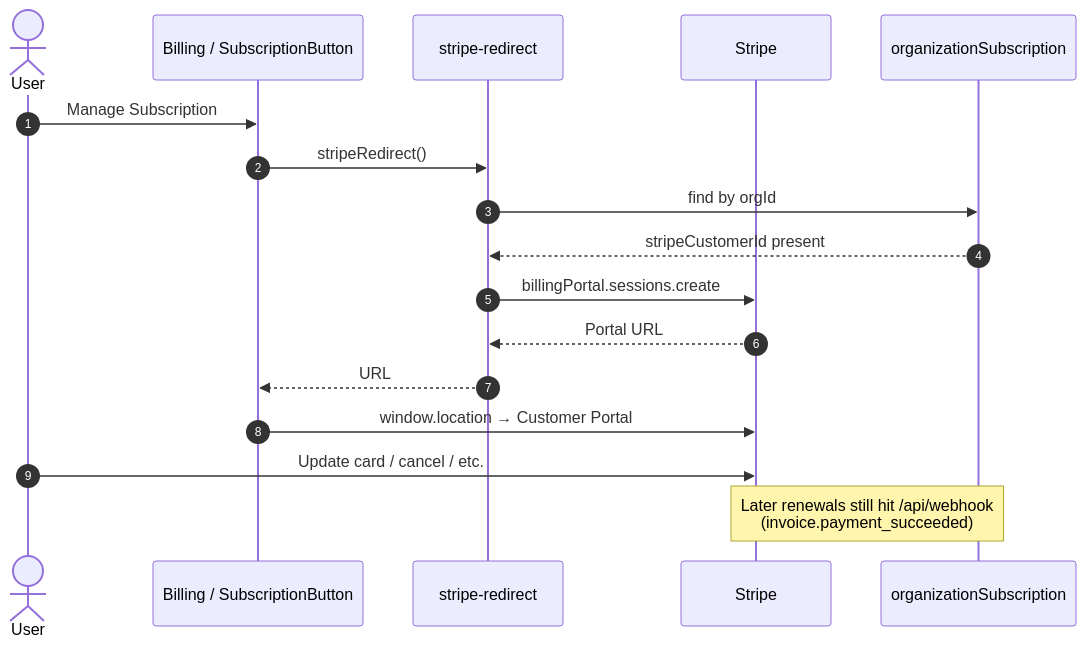
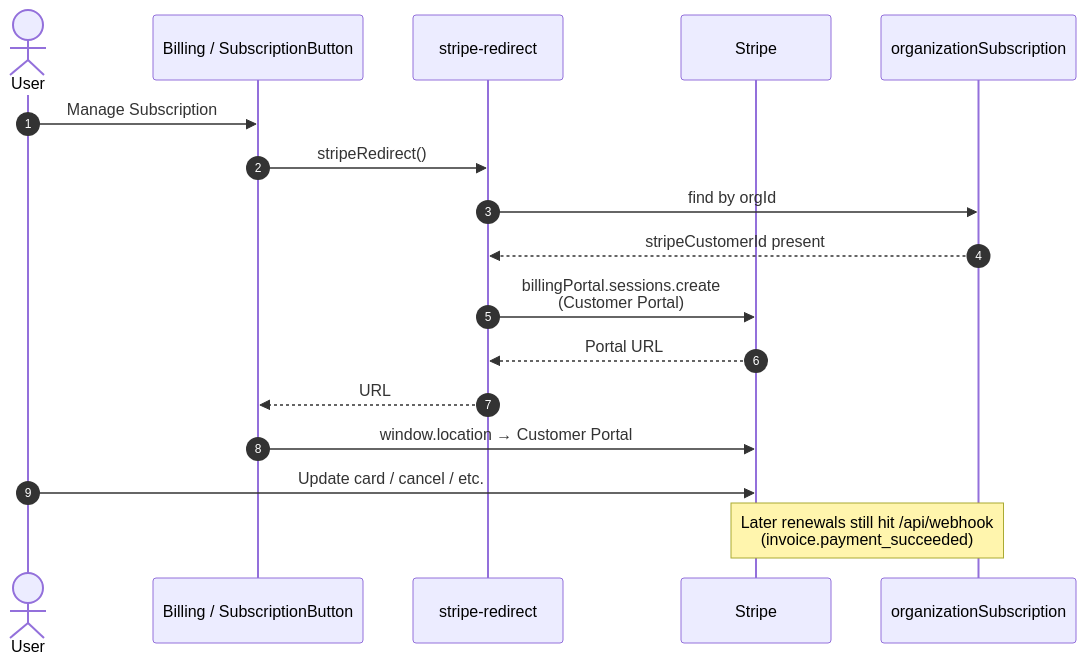
The sixth of 7 diagrams in docs/stripe.md (manhcuongdtbk/taskify), drawn with Mermaid before and after one commit. The commit also changed other lines of this file and 6 other files, not shown here.

````diff
--- a/docs/stripe.md
+++ b/docs/stripe.md
@@ -47,20 +259,20 @@
 ```mermaid
 sequenceDiagram
   autonumber
   actor User
   participant Billing as Billing / SubscriptionButton
   participant Action as stripe-redirect
   participant Stripe as Stripe
   participant DB as organizationSubscription
 
   User->>Billing: Manage Subscription
   Billing->>Action: stripeRedirect()
   Action->>DB: find by orgId
   DB-->>Action: stripeCustomerId present
-  Action->>Stripe: billingPortal.sessions.create
+  Action->>Stripe: billingPortal.sessions.create<br/>(Customer Portal)
   Stripe-->>Action: Portal URL
   Action-->>Billing: URL
   Billing->>Stripe: window.location → Customer Portal
   User->>Stripe: Update card / cancel / etc.
   Note over Stripe,DB: Later renewals still hit /api/webhook<br/>(invoice.payment_succeeded)
 ```
````
